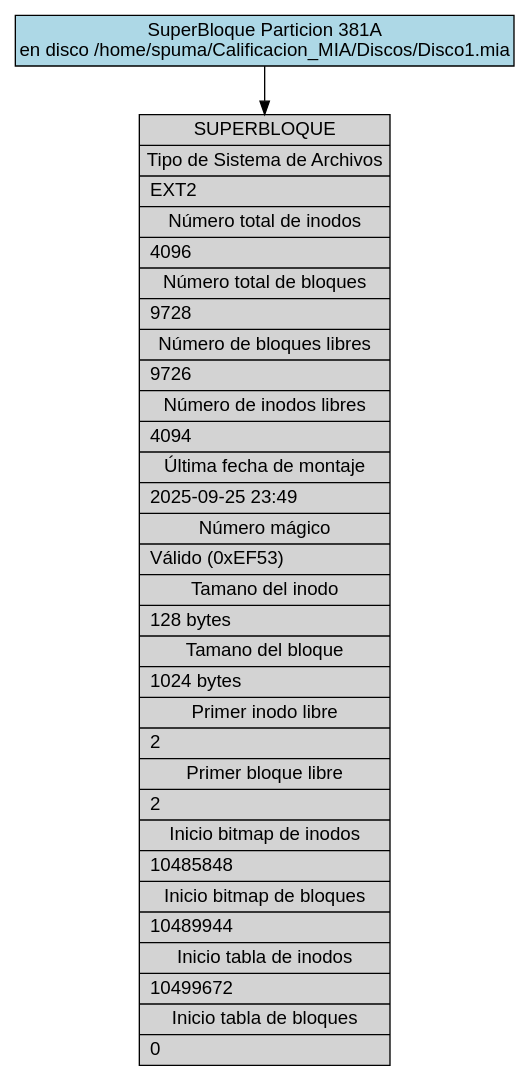
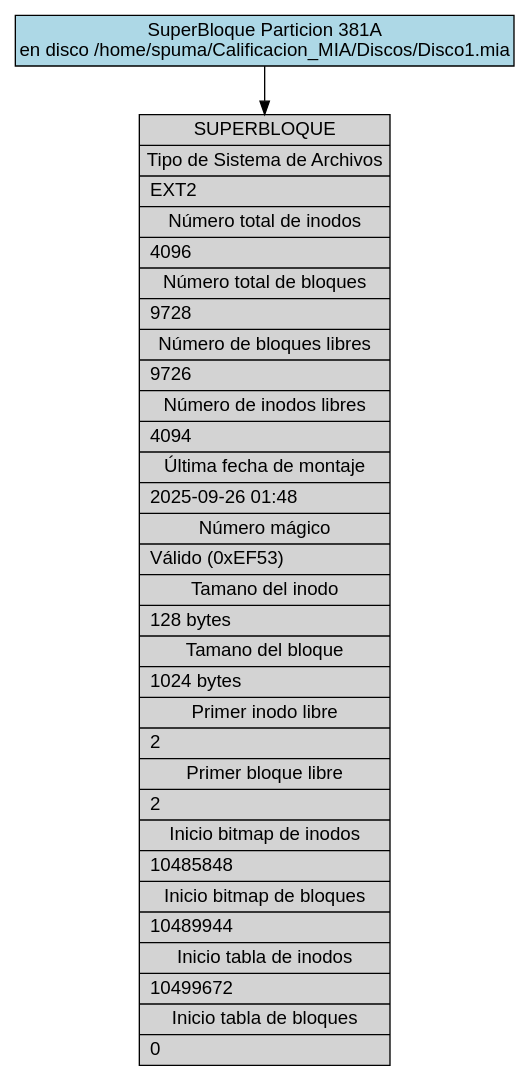
The diagram in backend/provider/reports/src/sb_381A.dot (DiegVas/MIA_2S2025_P2_202300638), drawn with Graphviz before and after one commit. The commit also changed 15 other files, not shown here.

```diff
--- a/backend/provider/reports/src/sb_381A.dot
+++ b/backend/provider/reports/src/sb_381A.dot
@@ -1,13 +1,13 @@
 digraph Superblock_Report {
     rankdir=TB;
     node [shape=record, fontname="Arial"];
     edge [fontname="Arial"];
     graph [fontname="Arial"];
 
     title [label="SuperBloque Particion 381A\nen disco /home/spuma/Calificacion_MIA/Discos/Disco1.mia", shape=box, style=filled, fillcolor=lightblue];
 
-    superblock [label="{SUPERBLOQUE|Tipo de Sistema de Archivos|EXT2\l|Número total de inodos|4096\l|Número total de bloques|9728\l|Número de bloques libres|9726\l|Número de inodos libres|4094\l|Última fecha de montaje|2025-09-25 23:49\l|Número mágico|Válido (0xEF53)\l|Tamano del inodo|128 bytes\l|Tamano del bloque|1024 bytes\l|Primer inodo libre|2\l|Primer bloque libre|2\l|Inicio bitmap de inodos|10485848\l|Inicio bitmap de bloques|10489944\l|Inicio tabla de inodos|10499672\l|Inicio tabla de bloques|0\l}", style=filled, fillcolor=lightgray];
+    superblock [label="{SUPERBLOQUE|Tipo de Sistema de Archivos|EXT2\l|Número total de inodos|4096\l|Número total de bloques|9728\l|Número de bloques libres|9726\l|Número de inodos libres|4094\l|Última fecha de montaje|2025-09-26 01:48\l|Número mágico|Válido (0xEF53)\l|Tamano del inodo|128 bytes\l|Tamano del bloque|1024 bytes\l|Primer inodo libre|2\l|Primer bloque libre|2\l|Inicio bitmap de inodos|10485848\l|Inicio bitmap de bloques|10489944\l|Inicio tabla de inodos|10499672\l|Inicio tabla de bloques|0\l}", style=filled, fillcolor=lightgray];
 
     title -> superblock;
 
 }
```
